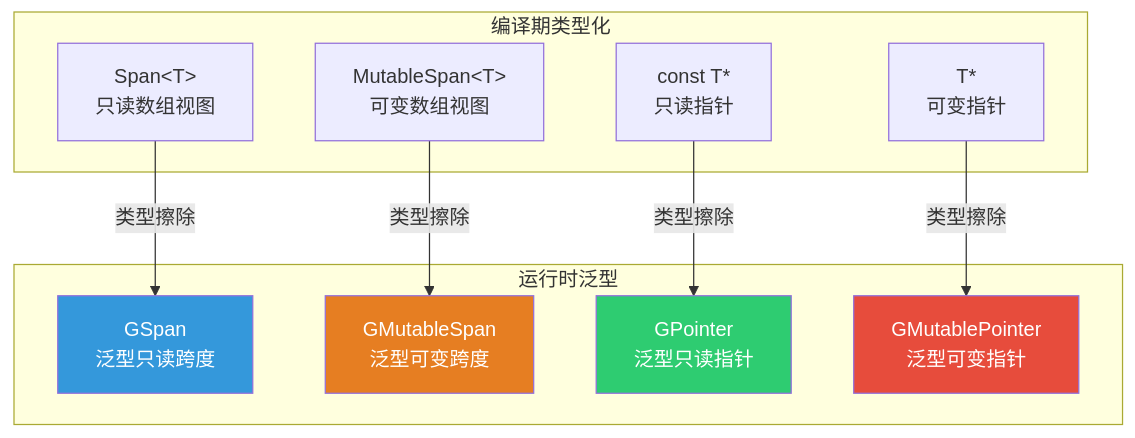
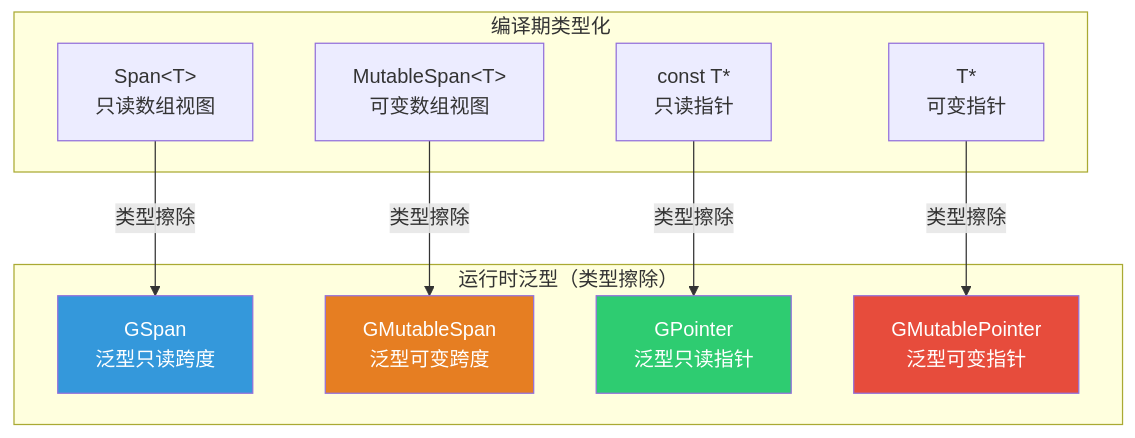
One commit to yunkezengren/blender-.vscode changed the first of 3 diagrams in 杂/markdown/几何节点-列表/14-GSpan与GPointer泛型视图.md. Above: the diagram before and after it, drawn with Mermaid. The commit also changed other lines of this file and 1 other file, not shown here.

````diff
--- a/杂/markdown/几何节点-列表/14-GSpan与GPointer泛型视图.md
+++ b/杂/markdown/几何节点-列表/14-GSpan与GPointer泛型视图.md
@@ -24,26 +28,26 @@
 ```mermaid
 graph TB
     subgraph "编译期类型化"
         S["Span&lt;T&gt;<br/>只读数组视图"]
         MS["MutableSpan&lt;T&gt;<br/>可变数组视图"]
         P["const T*<br/>只读指针"]
         MP["T*<br/>可变指针"]
     end
 
-    subgraph "运行时泛型"
+    subgraph "运行时泛型（类型擦除）"
         GS["GSpan<br/>泛型只读跨度"]
         GMS["GMutableSpan<br/>泛型可变跨度"]
         GP["GPointer<br/>泛型只读指针"]
         GMP["GMutablePointer<br/>泛型可变指针"]
     end
 
     S --> |"类型擦除"| GS
     MS --> |"类型擦除"| GMS
     P --> |"类型擦除"| GP
     MP --> |"类型擦除"| GMP
 
     style GS fill:#3498db,color:#fff
     style GMS fill:#e67e22,color:#fff
     style GP fill:#2ecc71,color:#fff
     style GMP fill:#e74c3c,color:#fff
 ```
````
